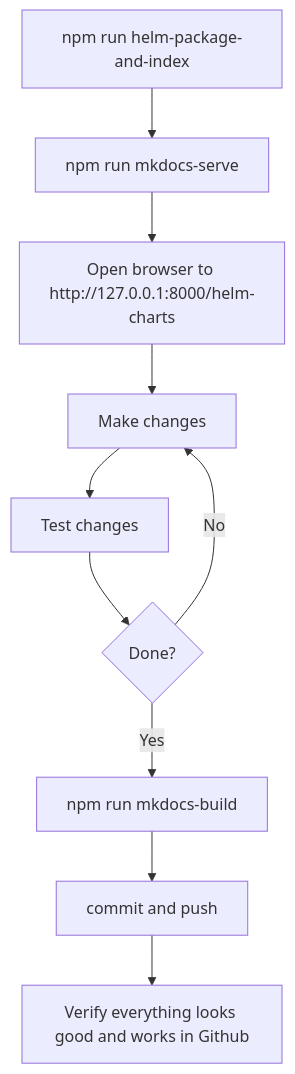
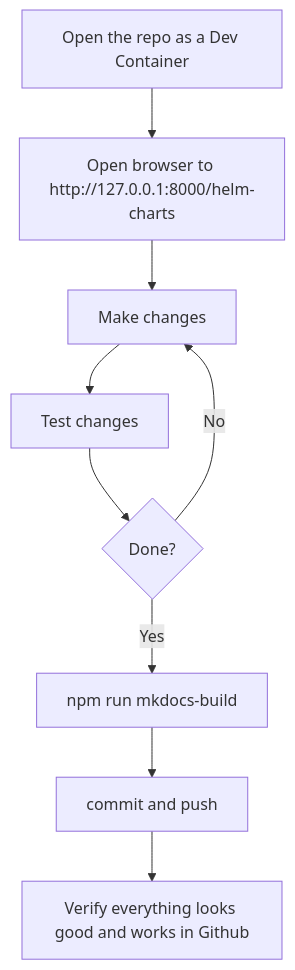
The diagram in pages/docs/how.md (alexdresko/helm-charts), drawn with Mermaid before and after one commit. The commit also changed 5 other files, not shown here.

````diff
--- a/pages/docs/how.md
+++ b/pages/docs/how.md
@@ -17,7 +17,7 @@
 ``` mermaid
 graph TD
-  A[npm run helm-package-and-index] --> B[npm run mkdocs-serve] --> C[Open browser to http://127.0.0.1:8000/helm-charts];
+  A[Open the repo as a Dev Container] --> C[Open browser to http://127.0.0.1:8000/helm-charts];
   C --> D[Make changes] --> E[Test changes] --> F{Done?} -->|Yes| G[npm run mkdocs-build]
   F -->|No| D
   G --> H[commit and push] --> I[Verify everything looks good and works in Github]
 ```
````
